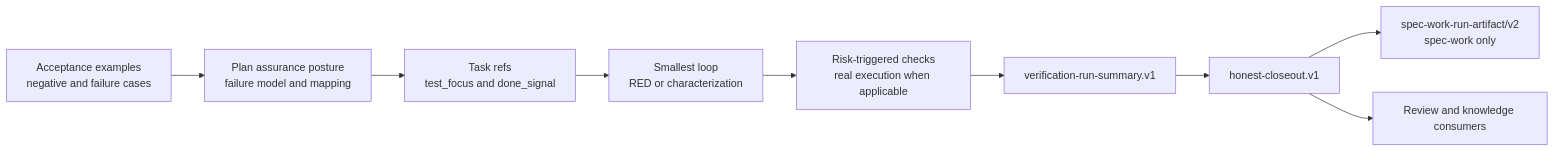
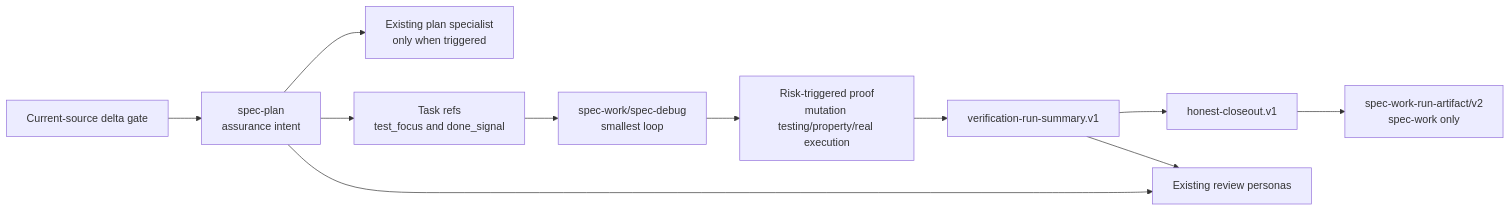
The diagram in docs/plans/2026-08-04-001-feat-risk-driven-assurance-integration-plan.md (leo-kuang-ai/spec-first), drawn with Mermaid before and after one commit. The commit also changed other lines of this file and 1 other file, not shown here.

Commit message:
docs(plan): 收束风险驱动 assurance 集成方案

````diff
--- a/docs/plans/2026-08-04-001-feat-risk-driven-assurance-integration-plan.md
+++ b/docs/plans/2026-08-04-001-feat-risk-driven-assurance-integration-plan.md
@@ -193,11 +243,13 @@
 ```mermaid
 flowchart LR
-  PRD[Acceptance examples<br/>negative and failure cases] --> PLAN[Plan assurance posture<br/>failure model and mapping]
+  DELTA[Current-source delta gate] --> PLAN[spec-plan<br/>assurance intent]
+  PLAN --> SPECIALIST[Existing plan specialist<br/>only when triggered]
   PLAN --> TASKS[Task refs<br/>test_focus and done_signal]
-  TASKS --> WORK[Smallest loop<br/>RED or characterization]
-  WORK --> CHECKS[Risk-triggered checks<br/>real execution when applicable]
+  TASKS --> WORK[spec-work/spec-debug<br/>smallest loop]
+  WORK --> CHECKS[Risk-triggered proof<br/>mutation testing/property/real execution]
   CHECKS --> SUMMARY[verification-run-summary.v1]
   SUMMARY --> CLOSEOUT[honest-closeout.v1]
+  PLAN --> REVIEW[Existing review personas]
+  SUMMARY --> REVIEW
   CLOSEOUT --> ARTIFACT[spec-work-run-artifact/v2<br/>spec-work only]
-  CLOSEOUT --> REVIEW[Review and knowledge consumers]
 ```
````
